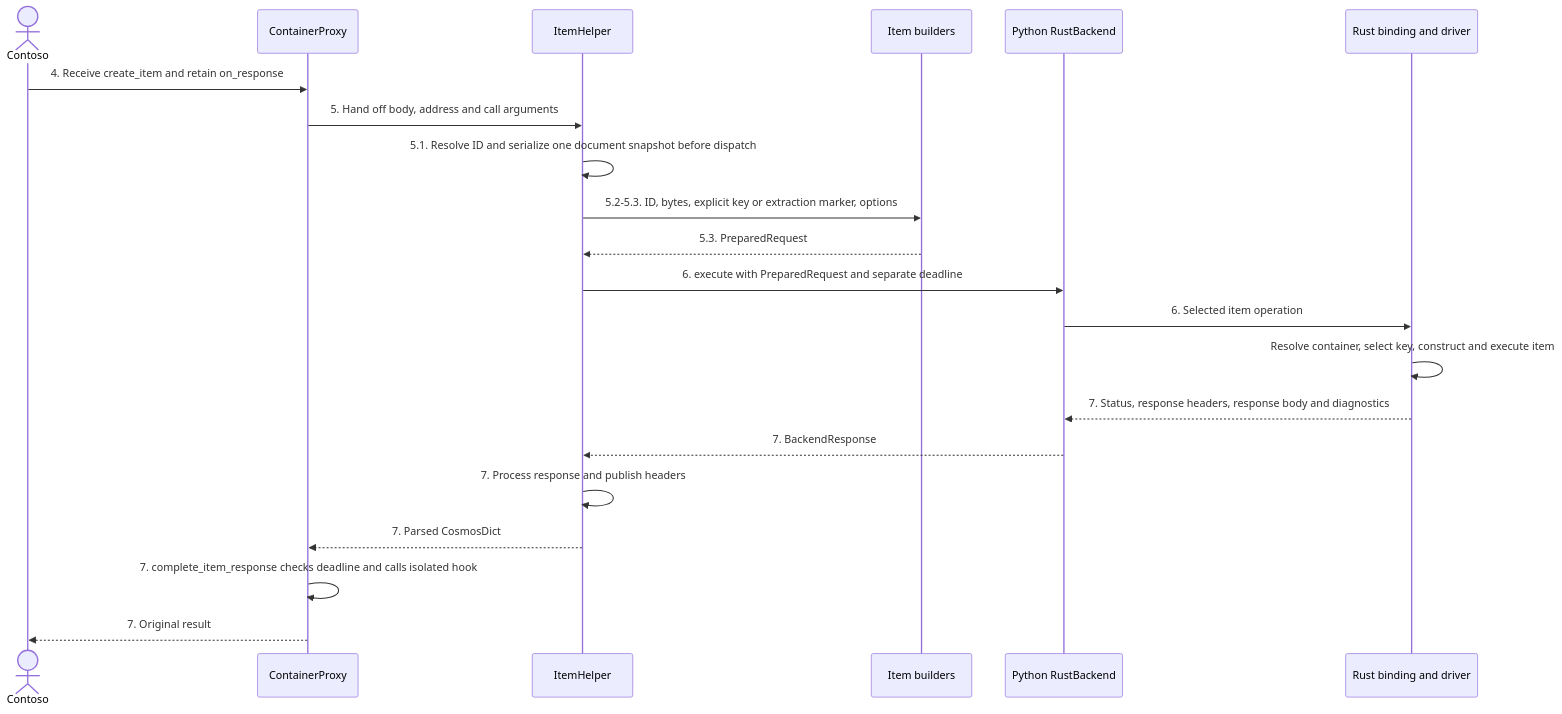
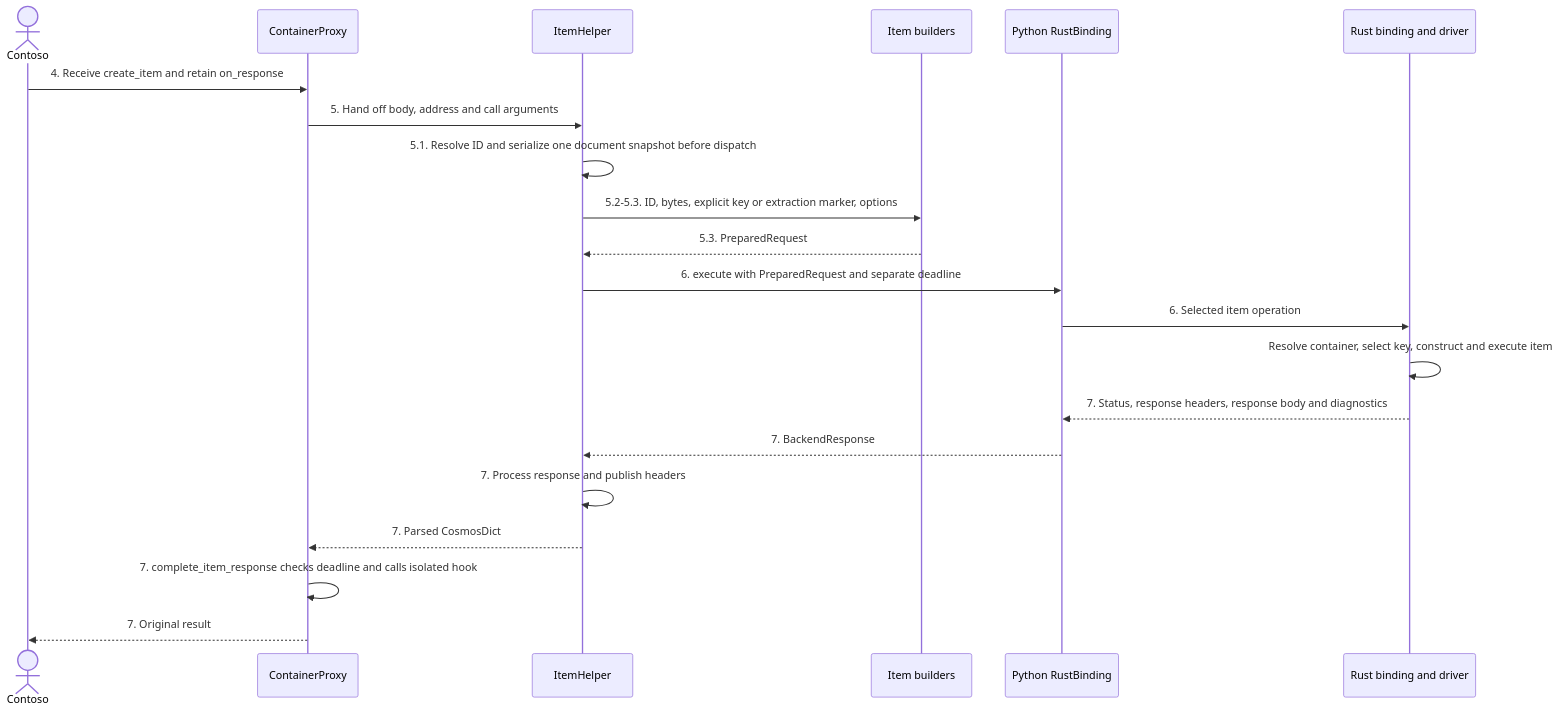
The diagram in sdk/cosmos/azure-cosmos/docs/request_flow.md (Azure/azure-sdk-for-python), drawn with Mermaid before and after one commit. The commit also changed other lines of this file and 233 other files, not shown here.

````diff
--- a/sdk/cosmos/azure-cosmos/docs/request_flow.md
+++ b/sdk/cosmos/azure-cosmos/docs/request_flow.md
@@ -51,24 +51,24 @@
 ```mermaid
 sequenceDiagram
     actor App as Contoso
     participant Public as ContainerProxy
     participant Helper as ItemHelper
     participant Builder as Item builders
-    participant Backend as Python RustBackend
+    participant Backend as Python RustBinding
     participant Binding as Rust binding and driver
 
     App->>Public: 4. Receive create_item and retain on_response
     Public->>Helper: 5. Hand off body, address and call arguments
     Helper->>Helper: 5.1. Resolve ID and serialize one document snapshot before dispatch
     Helper->>Builder: 5.2-5.3. ID, bytes, explicit key or extraction marker, options
     Builder-->>Helper: 5.3. PreparedRequest
     Helper->>Backend: 6. execute with PreparedRequest and separate deadline
     Backend->>Binding: 6. Selected item operation
     Binding->>Binding: Resolve container, select key, construct and execute item
     Binding-->>Backend: 7. Status, response headers, response body and diagnostics
     Backend-->>Helper: 7. BackendResponse
     Helper->>Helper: 7. Process response and publish headers
     Helper-->>Public: 7. Parsed CosmosDict
     Public->>Public: 7. complete_item_response checks deadline and calls isolated hook
     Public-->>App: 7. Original result
 ```
````
